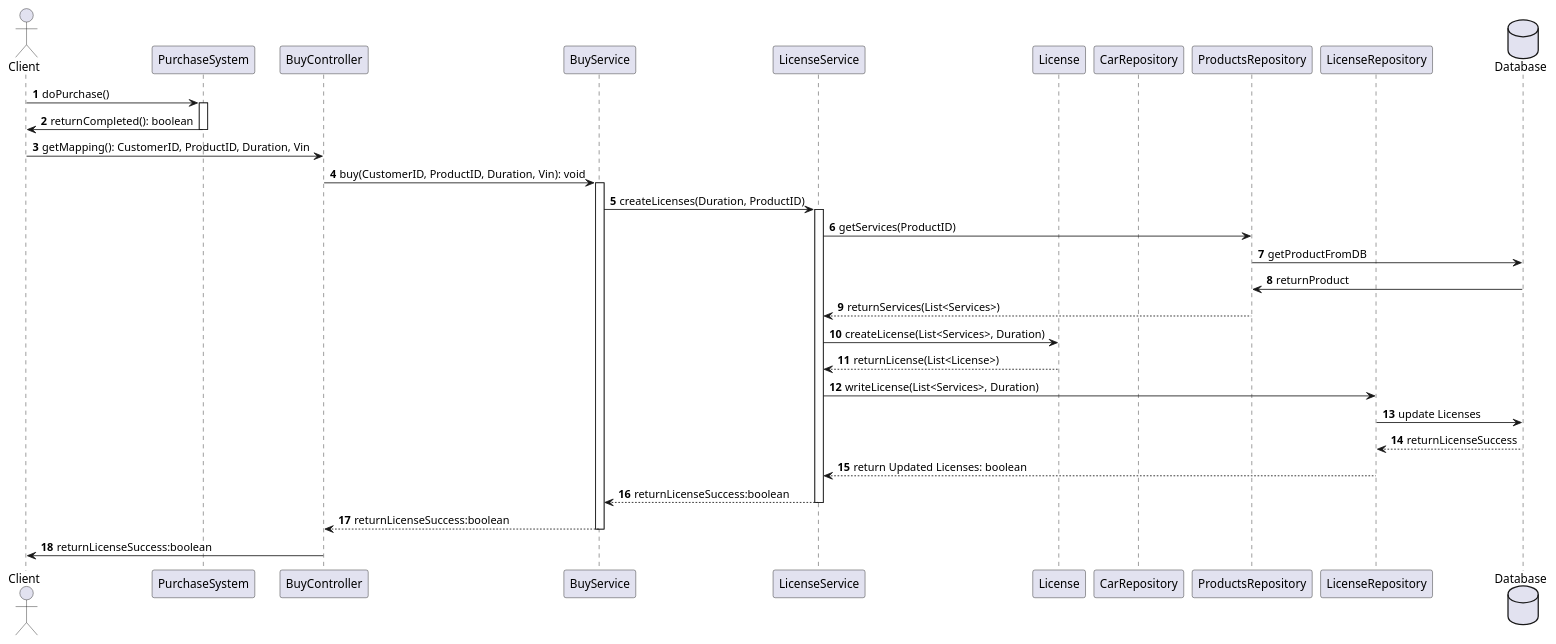
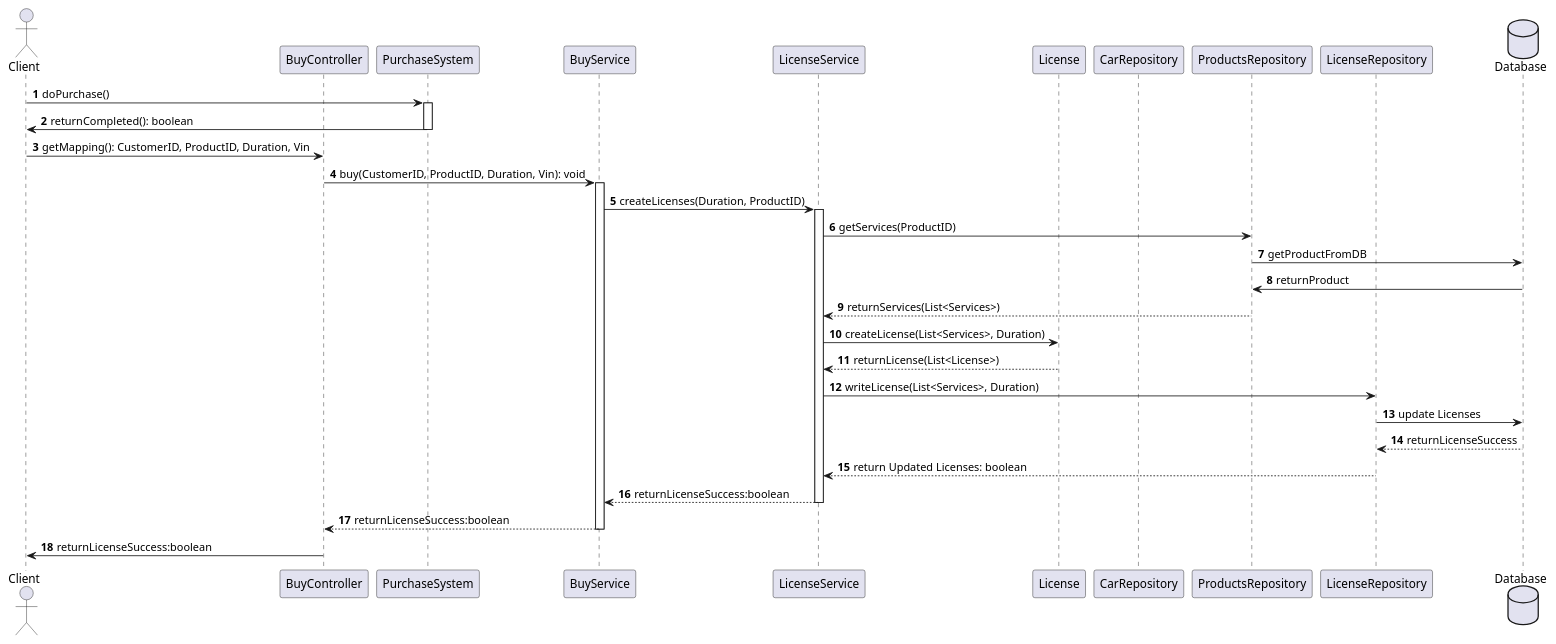
The diagram in SequenceBuy_1.puml (ljbg1996/car-backend), drawn with PlantUML before and after one commit.

Commit message:
Sequence Afternoon Push 4

```diff
--- a/SequenceBuy_1.puml
+++ b/SequenceBuy_1.puml
@@ -1,54 +1,56 @@
 @startuml
 'https://plantuml.com/sequence-diagram
 autonumber
 actor Client as c
+
+participant BuyController as co
 participant PurchaseSystem as ps
-participant BuyController as co
 participant BuyService as s
 'participant LicenseController as lc
 participant LicenseService as ls
 participant License as l
 participant CarRepository as ca
 participant ProductsRepository as p
 participant LicenseRepository as lr
 database Database as db
 
 c->ps : doPurchase()
+'TODO add details Purchase
 activate ps
 ps->c : returnCompleted(): boolean
 deactivate ps
 c -> co: getMapping(): CustomerID, ProductID, Duration, Vin
 
 co-> s: buy(CustomerID, ProductID, Duration, Vin): void
 activate s
 's -> ca: setProduct(ProductId, Vin)
 'ca -> ls: setService(ServiceID)
 
 s-> ls: createLicenses(Duration, ProductID)
 activate ls
 ls->p: getServices(ProductID)
 p->db: getProductFromDB
 db->p: returnProduct
 p-->ls: returnServices(List<Services>)
 
 
 ls->  l: createLicense(List<Services>, Duration)
 
 l-->ls: returnLicense(List<License>)
 
 
 
 ls-> lr: writeLicense(List<Services>, Duration)
 lr->db: update Licenses
 db-->lr: returnLicenseSuccess
 lr-->  ls: return Updated Licenses: boolean
 ls-->s: returnLicenseSuccess:boolean
 deactivate ls
 s-->co: returnLicenseSuccess:boolean
 deactivate s
 co->c: returnLicenseSuccess:boolean
 
 
 
 
 @enduml
```
